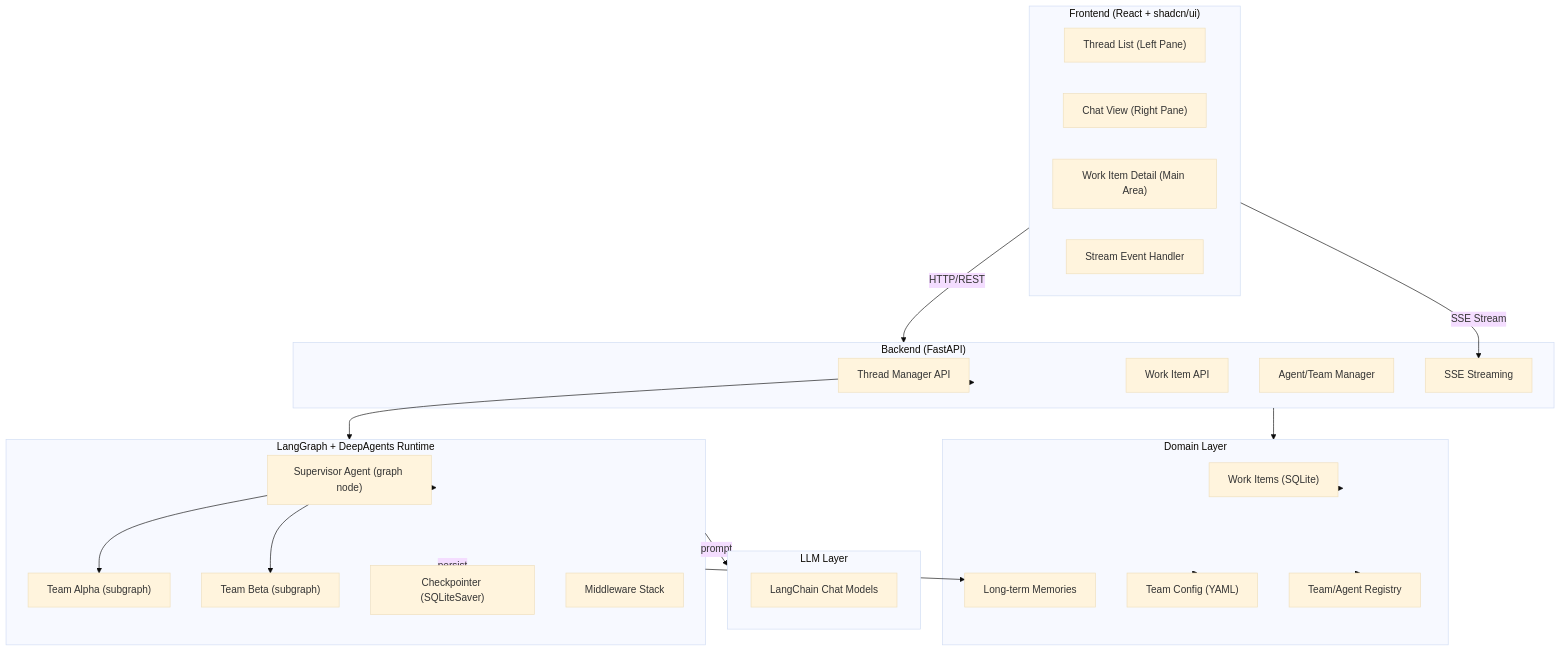
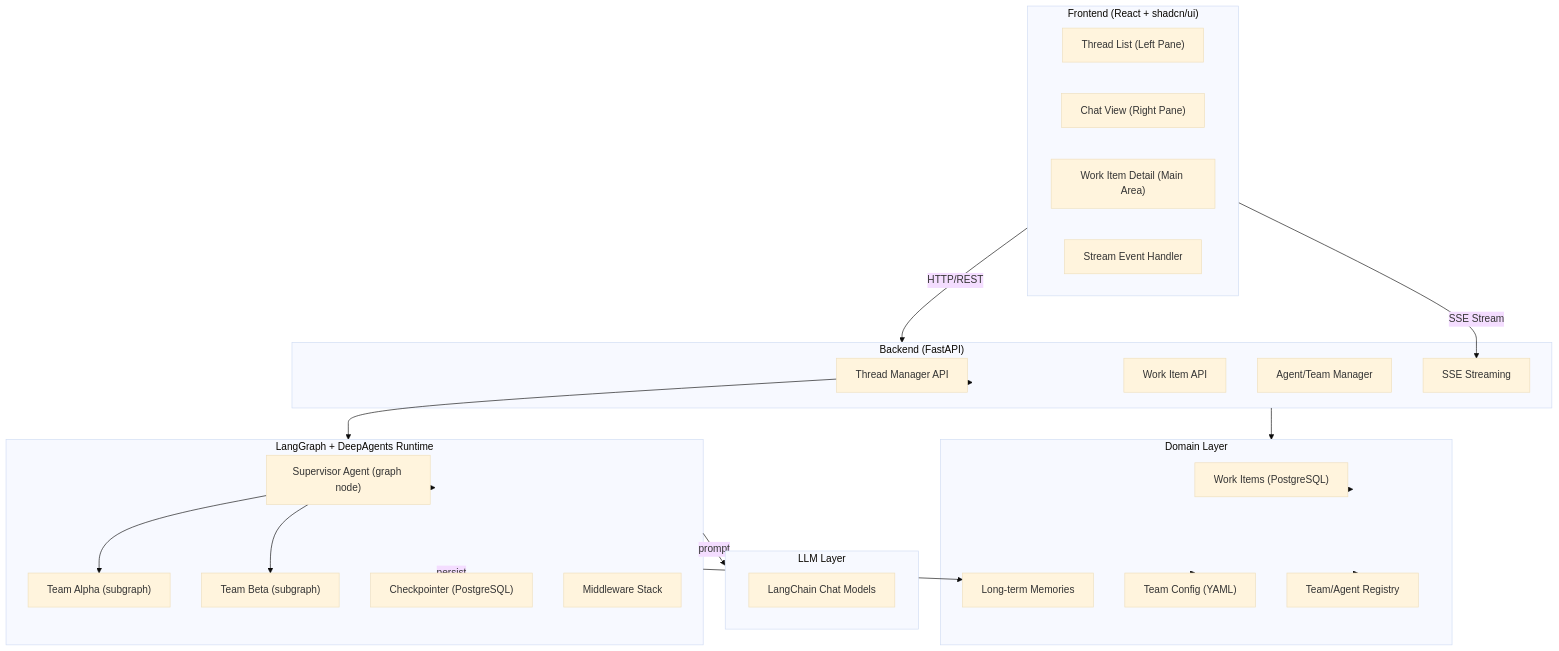
The first of 2 diagrams in docs/architecture.md (azharameen/group-run), drawn with Mermaid (base theme) before and after one commit. The commit also changed 12 other files, not shown here.

````diff
--- a/docs/architecture.md
+++ b/docs/architecture.md
@@ -47,50 +47,55 @@
 ```mermaid
 graph TB
     subgraph Frontend["Frontend (React + shadcn/ui)"]
         ThreadList["Thread List (Left Pane)"]
         ChatView["Chat View (Right Pane)"]
         WorkItemDetail["Work Item Detail (Main Area)"]
         StreamHandler["Stream Event Handler"]
     end
 
     subgraph API["Backend (FastAPI)"]
         ThreadAPI["Thread Manager API"]
         WorkItemAPI["Work Item API"]
         AgentTeamAPI["Agent/Team Manager"]
         SSE["SSE Streaming"]
     end
 
     subgraph Graph["LangGraph + DeepAgents Runtime"]
         Supervisor["Supervisor Agent (graph node)"]
         TeamAlpha["Team Alpha (subgraph)"]
         TeamBeta["Team Beta (subgraph)"]
-        Checkpointer["Checkpointer (SQLiteSaver)"]
+        Checkpointer["Checkpointer (PostgreSQL)"]
         Middleware["Middleware Stack"]
     end
 
     subgraph Domain["Domain Layer"]
-        WorkItems["Work Items (SQLite)"]
+        WorkItems["Work Items (PostgreSQL)"]
         Config["Team Config (YAML)"]
         Teams["Team/Agent Registry"]
         Memories["Long-term Memories"]
     end
 
     subgraph LLM["LLM Layer"]
         LC["LangChain Chat Models"]
     end
 
     Frontend -->|HTTP/REST| API
     Frontend -->|SSE Stream| SSE
     API --> ThreadAPI
     ThreadAPI --> Graph
     Graph --> Supervisor
     Supervisor --> TeamAlpha
     Supervisor --> TeamBeta
     Graph -->|persist| Checkpointer
     API --> Domain
     Domain --> WorkItems
     Domain --> Config
     Domain --> Teams
     Graph -->|prompt| LLM
     Graph --> Memories
+    click Frontend "/group-run/frontend-plan/" "Frontend design and implementation"
+    click API "/group-run/api/scalar/" "Interactive Scalar API reference"
+    click Supervisor "/group-run/agents/" "Agent and team architecture"
+    click Checkpointer "/group-run/architecture/spine/" "Persistence architecture spine"
+    click WorkItems "/group-run/architecture-decisions/" "Architecture decision log"
 ```
````
